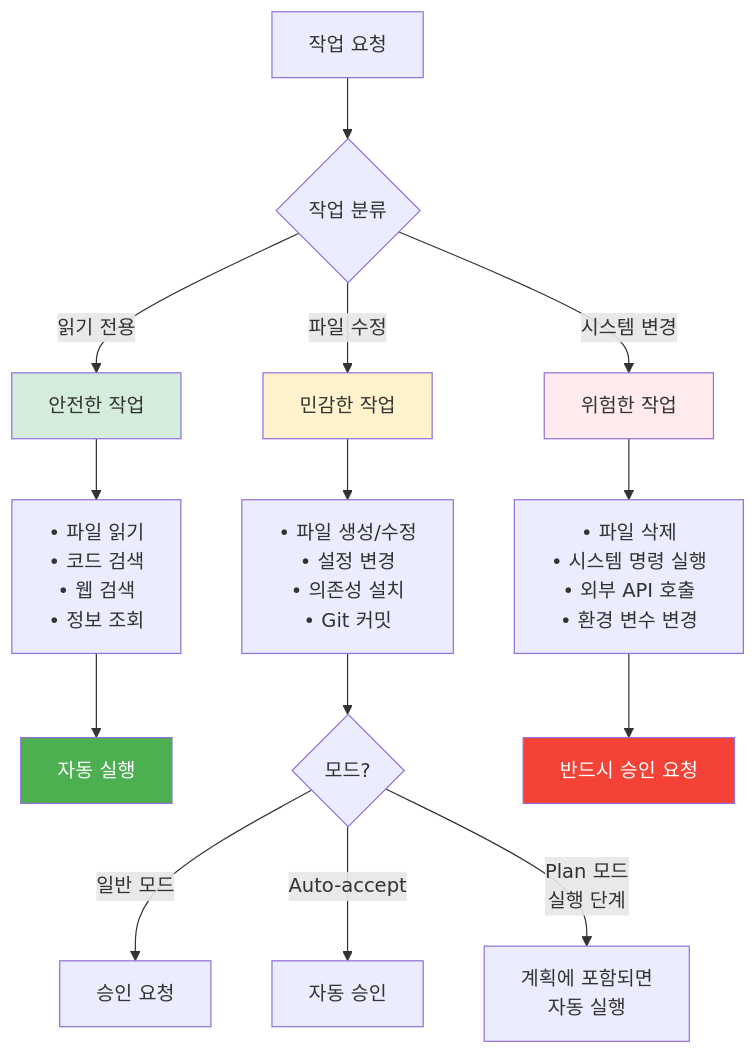
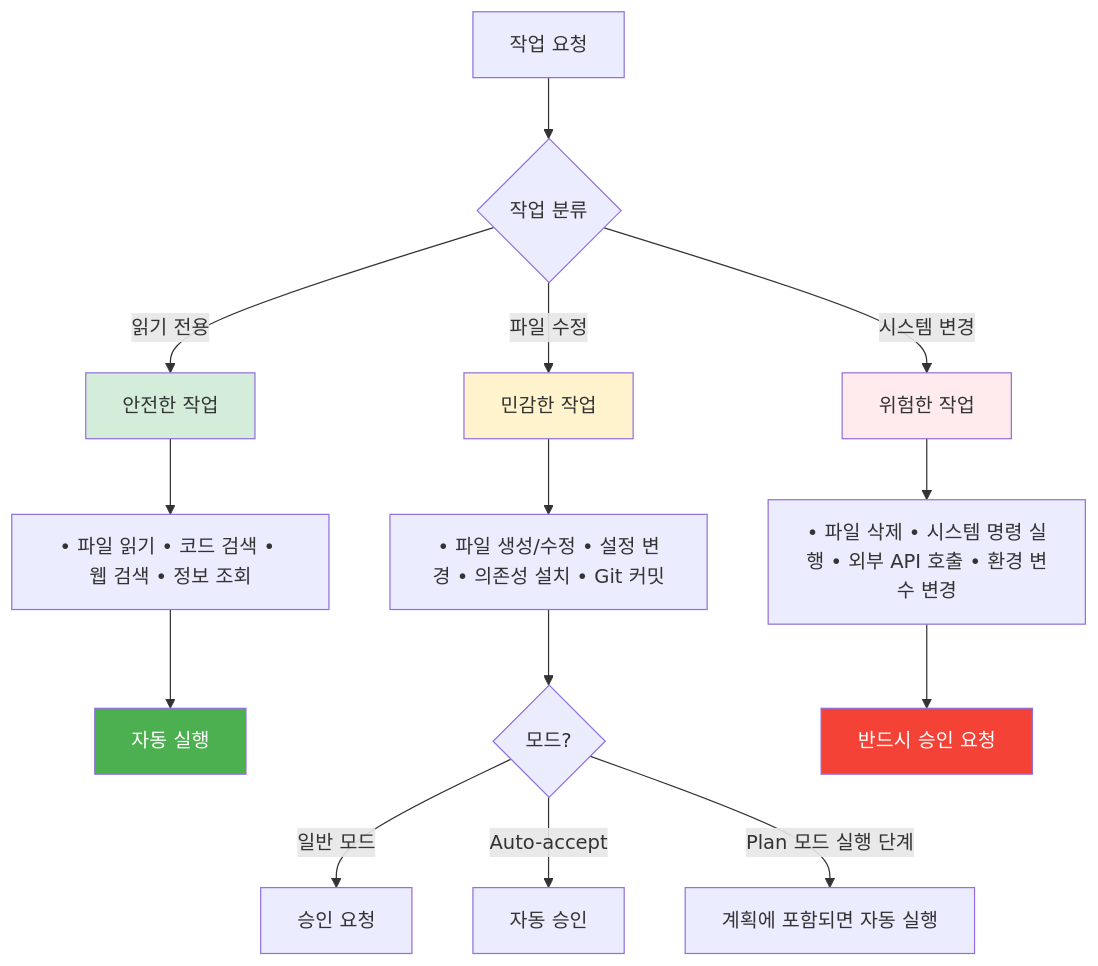
One commit to Kanghyeop/pages-book-agent101 changed the fifth of 5 diagrams in 02-literacy/24-system.md. Above: the diagram before and after it, drawn with Mermaid. The commit also changed other lines of this file and 48 other files, not shown here.

First line of the commit message:
fix: Mermaid 렌더링 + SVG 경로 수정

````diff
--- a/02-literacy/24-system.md
+++ b/02-literacy/24-system.md
@@ -251,26 +251,26 @@
 ```mermaid
 flowchart TD
     Task[작업 요청] --> Check{작업 분류}
 
     Check -->|읽기 전용| Safe[안전한 작업]
     Check -->|파일 수정| Medium[민감한 작업]
     Check -->|시스템 변경| Danger[위험한 작업]
 
-    Safe --> SafeList["• 파일 읽기<br/>• 코드 검색<br/>• 웹 검색<br/>• 정보 조회"]
-    Medium --> MediumList["• 파일 생성/수정<br/>• 설정 변경<br/>• 의존성 설치<br/>• Git 커밋"]
-    Danger --> DangerList["• 파일 삭제<br/>• 시스템 명령 실행<br/>• 외부 API 호출<br/>• 환경 변수 변경"]
+    Safe --> SafeList["• 파일 읽기 • 코드 검색 • 웹 검색 • 정보 조회"]
+    Medium --> MediumList["• 파일 생성/수정 • 설정 변경 • 의존성 설치 • Git 커밋"]
+    Danger --> DangerList["• 파일 삭제 • 시스템 명령 실행 • 외부 API 호출 • 환경 변수 변경"]
 
     SafeList --> AutoSafe[자동 실행]
     MediumList --> ModeCheck{모드?}
     DangerList --> AlwaysAsk[반드시 승인 요청]
 
     ModeCheck -->|일반 모드| AskMedium[승인 요청]
     ModeCheck -->|Auto-accept| AutoMedium[자동 승인]
-    ModeCheck -->|Plan 모드<br/>실행 단계| AutoMediumPlan[계획에 포함되면<br/>자동 실행]
+    ModeCheck -->|Plan 모드 실행 단계| AutoMediumPlan[계획에 포함되면 자동 실행]
 
     style Safe fill:#D4EDDA
     style Medium fill:#FFF3CD
     style Danger fill:#FFEBEE
     style AutoSafe fill:#4caf50,color:#fff
     style AlwaysAsk fill:#f44336,color:#fff
 ```
````
